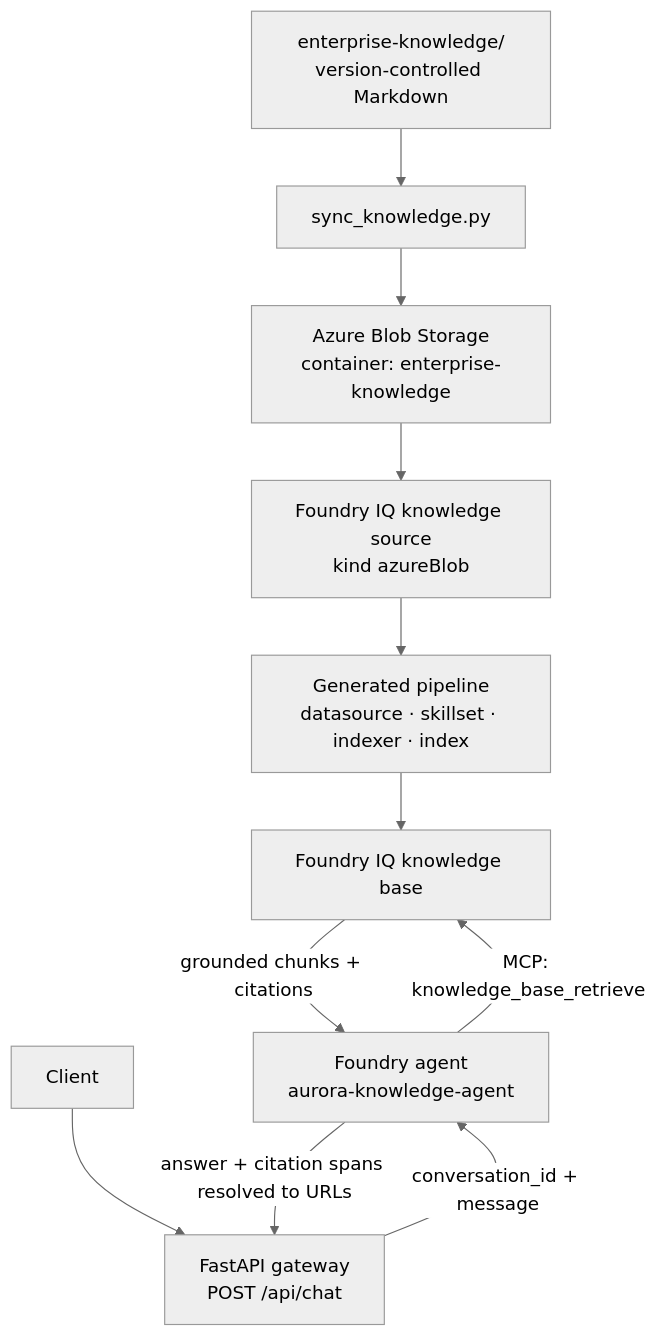
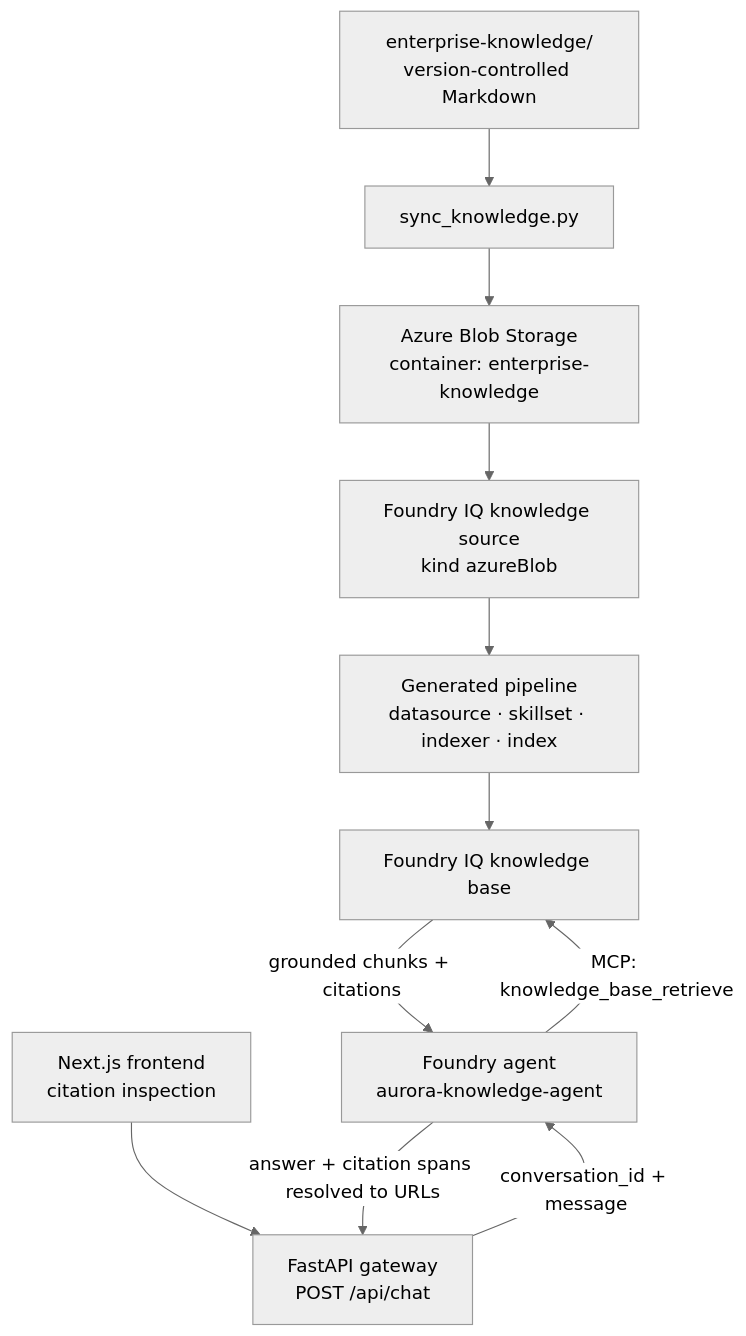
The diagram in README.md (MRJonas343/enterprise-knowledge-agent), drawn with Mermaid (neutral theme) before and after one commit. The commit also changed other lines of this file and 18 other files, not shown here.

First line of the commit message:
feat: add the Next.js frontend with citation rendering

````diff
--- a/README.md
+++ b/README.md
@@ -39,19 +39,19 @@
 ```mermaid
 flowchart TD
     MD["enterprise-knowledge/<br/>version-controlled Markdown"]
     SYNC["sync_knowledge.py"]
     BLOB["Azure Blob Storage<br/>container: enterprise-knowledge"]
     KS["Foundry IQ knowledge source<br/>kind azureBlob"]
     IDX["Generated pipeline<br/>datasource · skillset · indexer · index"]
     KB["Foundry IQ knowledge base"]
     AGENT["Foundry agent<br/>aurora-knowledge-agent"]
     API["FastAPI gateway<br/>POST /api/chat"]
-    USER["Client"]
+    FRONT["Next.js frontend<br/>citation inspection"]
 
     MD --> SYNC --> BLOB --> KS --> IDX --> KB
-    USER --> API
+    FRONT --> API
     API -->|"conversation_id + message"| AGENT
     AGENT -->|"MCP: knowledge_base_retrieve"| KB
     KB -->|"grounded chunks + citations"| AGENT
     AGENT -->|"answer + citation spans resolved to URLs"| API
 ```
````
